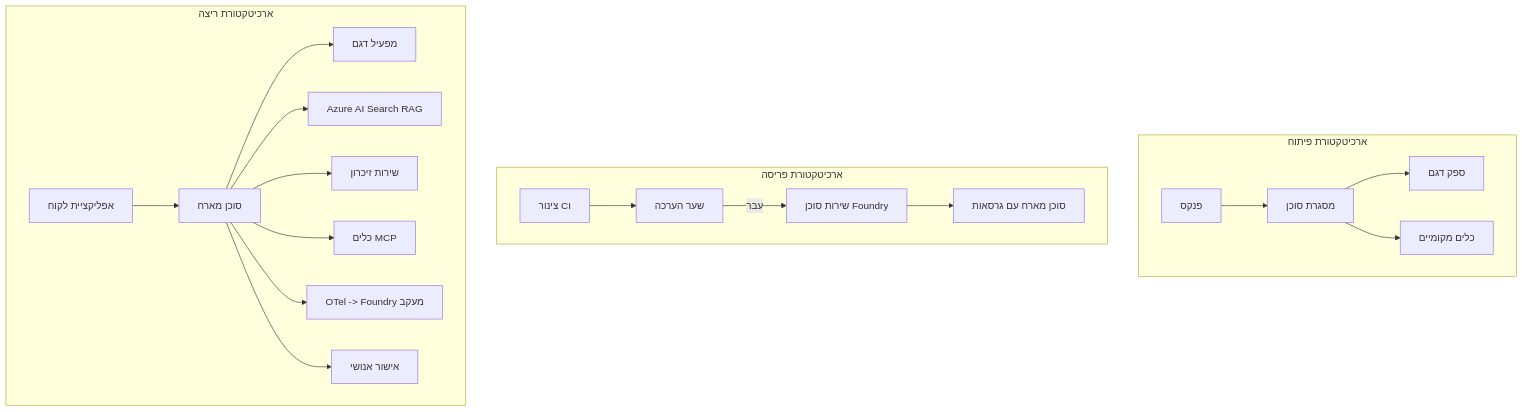
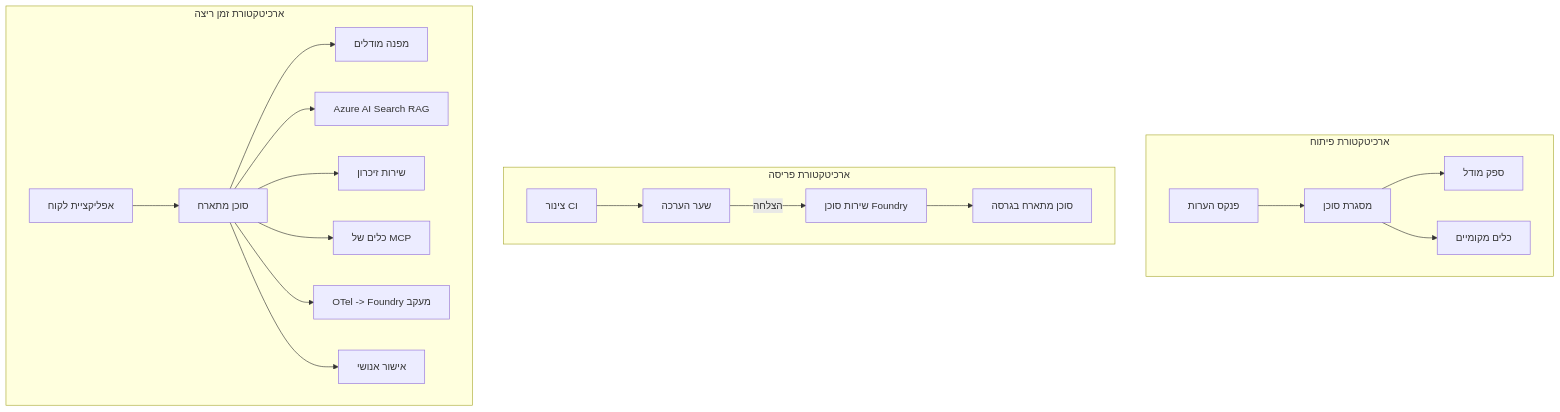
The fourth of 4 diagrams in mirrors/repos/microsoft@ai-agents-for-beginners/translations/he/16-deploying-scalable-agents/README.md (gabrielmoreira/agent-skills-mirror), drawn with Mermaid before and after one commit. The commit also changed other lines of this file and 3581 other files, not shown here.

````diff
--- a/mirrors/repos/microsoft@ai-agents-for-beginners/translations/he/16-deploying-scalable-agents/README.md
+++ b/mirrors/repos/microsoft@ai-agents-for-beginners/translations/he/16-deploying-scalable-agents/README.md
@@ -185,22 +185,22 @@
 ```mermaid
 flowchart TB
     subgraph Dev[ארכיטקטורת פיתוח]
-        D1[פנקס] --> D2[מסגרת סוכן]
-        D2 --> D3[ספק דגם]
+        D1[פנקס הערות] --> D2[מסגרת סוכן]
+        D2 --> D3[ספק מודל]
         D2 --> D4[כלים מקומיים]
     end
     subgraph Deploy[ארכיטקטורת פריסה]
         E1[צינור CI] --> E2[שער הערכה]
-        E2 -->|עבר| E3[שירות סוכן Foundry]
-        E3 --> E4[סוכן מארח עם גרסאות]
+        E2 -->|הצלחה| E3[שירות סוכן Foundry]
+        E3 --> E4[סוכן מתארח בגרסה]
     end
-    subgraph Run[ארכיטקטורת ריצה]
-        F1[אפליקציית לקוח] --> F2[סוכן מארח]
-        F2 --> F3[מפעיל דגם]
+    subgraph Run[ארכיטקטורת זמן ריצה]
+        F1[אפליקציית לקוח] --> F2[סוכן מתארח]
+        F2 --> F3[מפנה מודלים]
         F2 --> F4[Azure AI Search RAG]
         F2 --> F5[שירות זיכרון]
-        F2 --> F6[כלים MCP]
+        F2 --> F6[כלים של MCP]
         F2 --> F7[OTel -> Foundry מעקב]
         F2 --> F8[אישור אנושי]
     end
 ```
````
